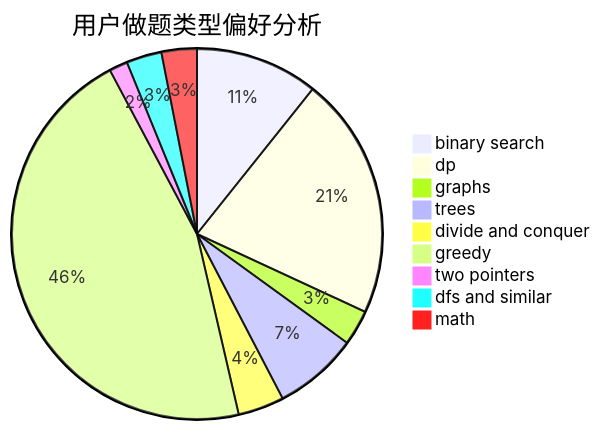
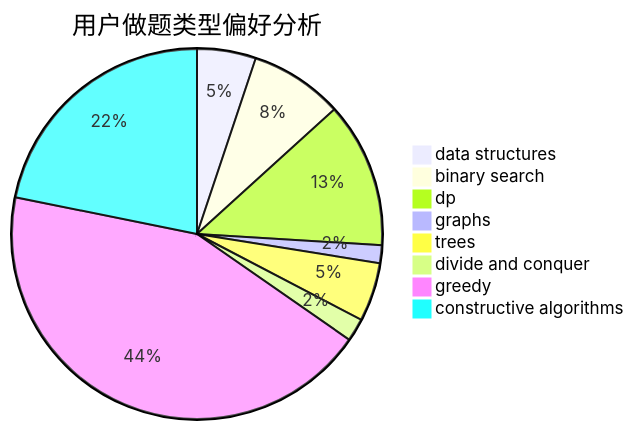
The second of 3 diagrams in docs/user/u2682.md (sherpahu/cfrs.github.io), drawn with Mermaid before and after one commit. The commit also changed other lines of this file and 2775 other files, not shown here.

````diff
--- a/docs/user/u2682.md
+++ b/docs/user/u2682.md
@@ -23,12 +23,11 @@
 ```mermaid
 pie title 用户做题类型偏好分析
-    "binary search" :  80
-    "dp" :  158
-    "graphs" :  23
-    "trees" :  55
-    "divide and conquer" :  30
-    "greedy" :  342
-    "two pointers" :  12
-    "dfs and similar" :  23
-    "math" :  23
+    "data structures" :  36
+    "binary search" :  57
+    "dp" :  89
+    "graphs" :  11
+    "trees" :  36
+    "divide and conquer" :  14
+    "greedy" :  305
+    "constructive algorithms" :  153
 ```
````
